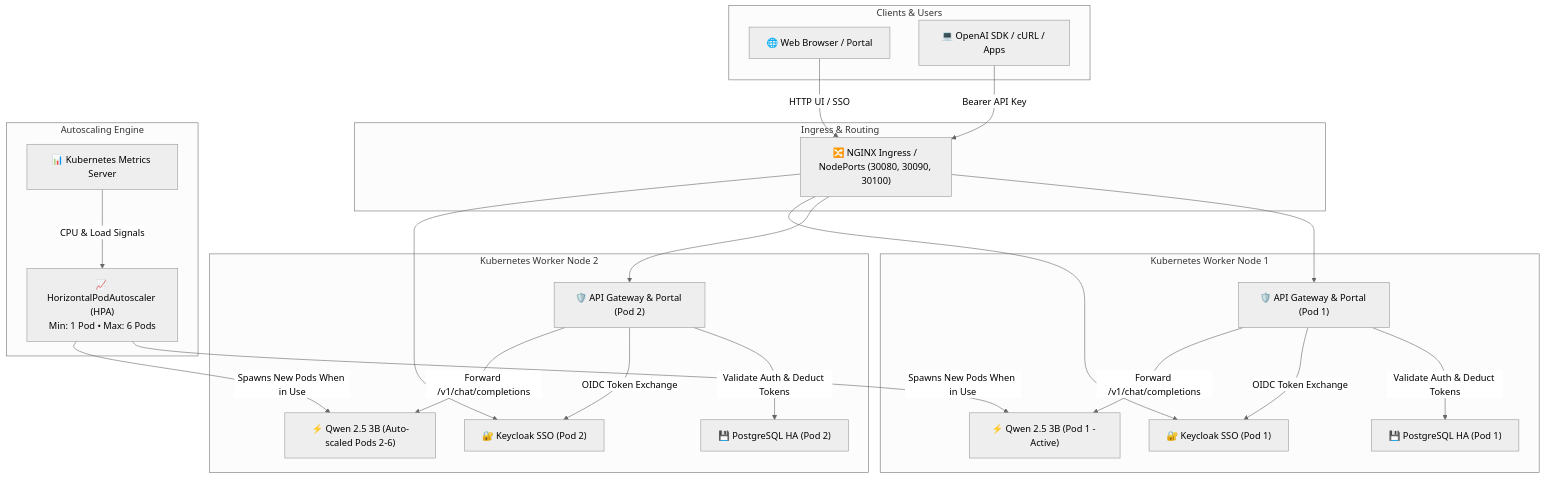
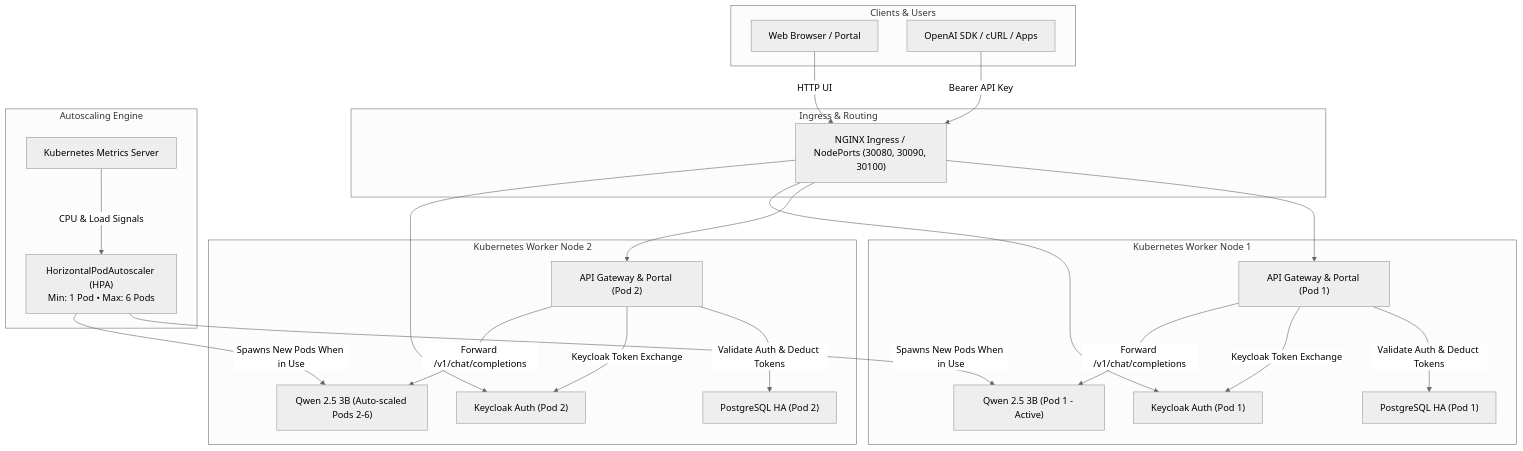
The diagram in README.md (lemonade1337/kubenetes_playbook), drawn with Mermaid (neutral theme) before and after one commit. The commit also changed other lines of this file and 3 other files, not shown here.

````diff
--- a/README.md
+++ b/README.md
@@ -9,50 +9,50 @@
 ```mermaid
 flowchart TD
     subgraph Clients["Clients & Users"]
-        Browser["🌐 Web Browser / Portal"]
-        APIClient["💻 OpenAI SDK / cURL / Apps"]
+        Browser["Web Browser / Portal"]
+        APIClient["OpenAI SDK / cURL / Apps"]
     end
 
     subgraph IngressLayer["Ingress & Routing"]
-        Ingress["🔀 NGINX Ingress / NodePorts (30080, 30090, 30100)"]
+        Ingress["NGINX Ingress / NodePorts (30080, 30090, 30100)"]
     end
 
     subgraph Node1["Kubernetes Worker Node 1"]
-        GW1["🛡️ API Gateway & Portal (Pod 1)"]
-        KC1["🔐 Keycloak SSO (Pod 1)"]
-        PG1["💾 PostgreSQL HA (Pod 1)"]
-        QW1["⚡ Qwen 2.5 3B (Pod 1 - Active)"]
+        GW1["API Gateway & Portal (Pod 1)"]
+        KC1["Keycloak Auth (Pod 1)"]
+        PG1["PostgreSQL HA (Pod 1)"]
+        QW1["Qwen 2.5 3B (Pod 1 - Active)"]
     end
 
     subgraph Node2["Kubernetes Worker Node 2"]
-        GW2["🛡️ API Gateway & Portal (Pod 2)"]
-        KC2["🔐 Keycloak SSO (Pod 2)"]
-        PG2["💾 PostgreSQL HA (Pod 2)"]
-        QW2["⚡ Qwen 2.5 3B (Auto-scaled Pods 2-6)"]
+        GW2["API Gateway & Portal (Pod 2)"]
+        KC2["Keycloak Auth (Pod 2)"]
+        PG2["PostgreSQL HA (Pod 2)"]
+        QW2["Qwen 2.5 3B (Auto-scaled Pods 2-6)"]
     end
 
     subgraph Scaling["Autoscaling Engine"]
-        HPA["📈 HorizontalPodAutoscaler (HPA)<br/>Min: 1 Pod &bull; Max: 6 Pods"]
-        Metrics["📊 Kubernetes Metrics Server"]
+        HPA["HorizontalPodAutoscaler (HPA)<br/>Min: 1 Pod &bull; Max: 6 Pods"]
+        Metrics["Kubernetes Metrics Server"]
     end
 
-    Browser -->|HTTP UI / SSO| Ingress
+    Browser -->|HTTP UI| Ingress
     APIClient -->|Bearer API Key| Ingress
 
     Ingress --> GW1
     Ingress --> GW2
     Ingress --> KC1
     Ingress --> KC2
 
     GW1 -->|Validate Auth & Deduct Tokens| PG1
     GW2 -->|Validate Auth & Deduct Tokens| PG2
-    GW1 -->|OIDC Token Exchange| KC1
-    GW2 -->|OIDC Token Exchange| KC2
+    GW1 -->|Keycloak Token Exchange| KC1
+    GW2 -->|Keycloak Token Exchange| KC2
 
     GW1 -->|Forward /v1/chat/completions| QW1
     GW2 -->|Forward /v1/chat/completions| QW2
 
     Metrics -->|CPU & Load Signals| HPA
     HPA -->|Spawns New Pods When in Use| QW1
     HPA -->|Spawns New Pods When in Use| QW2
 ```
````
